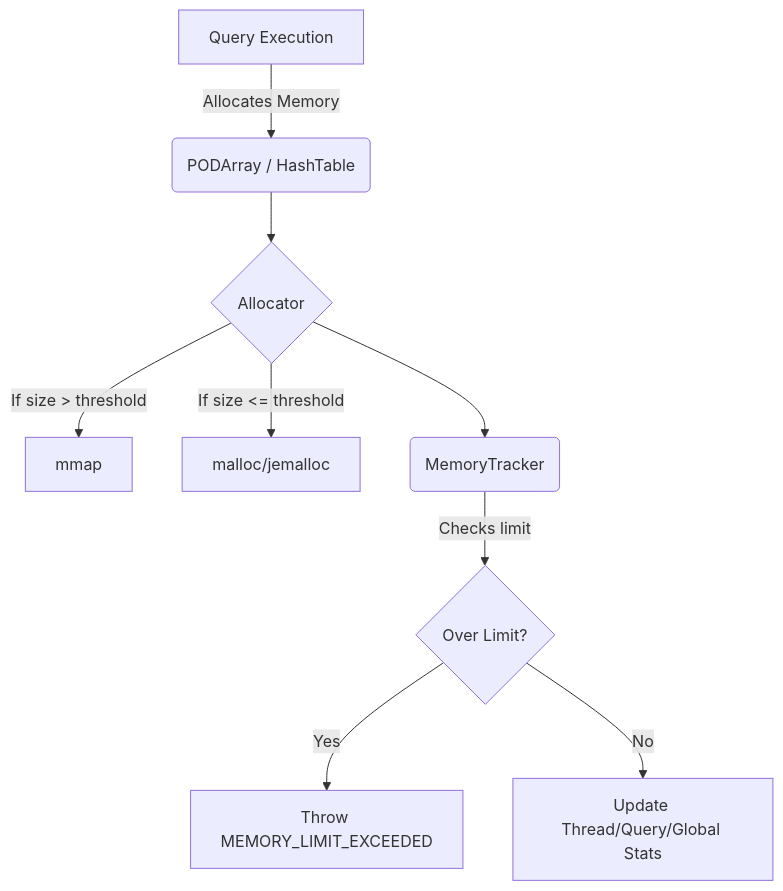
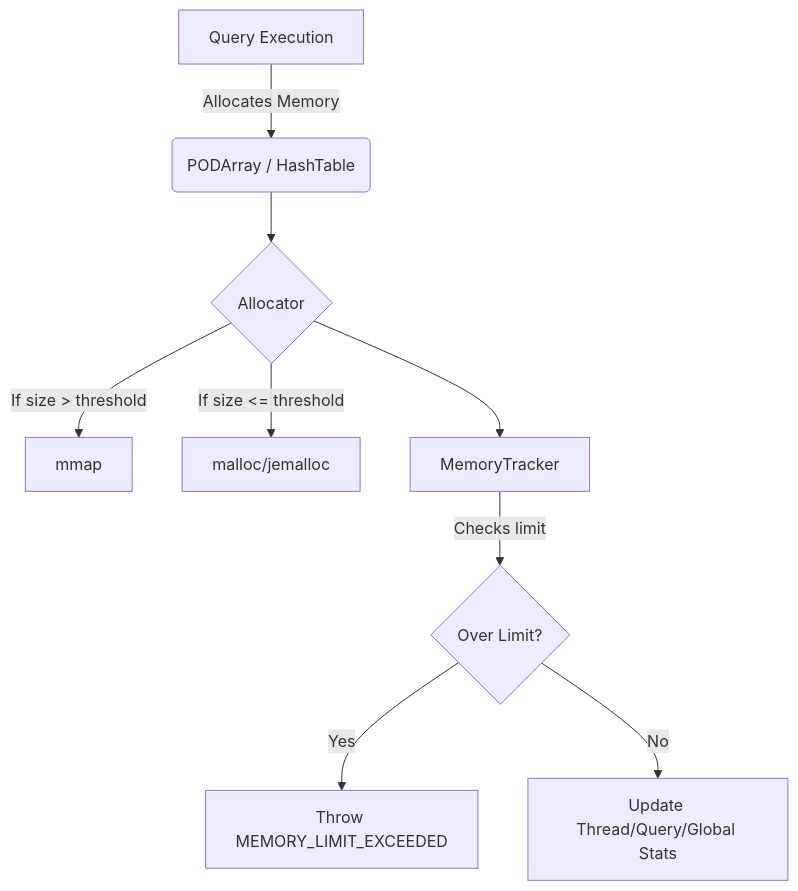
One commit to valerypetrov/clickhouse-dev-guide changed the diagram in Performance/simd_memory_layout.md. Above: the diagram before and after it, drawn with Mermaid. The commit also changed 4 other files, not shown here.

Commit message:
Quote node labels in Mermaid diagrams to fix GitHub rendering parse errors

````diff
--- a/Performance/simd_memory_layout.md
+++ b/Performance/simd_memory_layout.md
@@ -86,11 +86,11 @@
 ```mermaid
 graph TD
-    A[Query Execution] -->|Allocates Memory| B(PODArray / HashTable)
+    A["Query Execution"] -->|Allocates Memory| B("PODArray / HashTable")
     B --> C{Allocator}
     C -->|If size > threshold| D[mmap]
     C -->|If size <= threshold| E[malloc/jemalloc]
-    C --> F(MemoryTracker)
+    C --> F["MemoryTracker"]
     F -->|Checks limit| G{Over Limit?}
-    G -->|Yes| H[Throw MEMORY_LIMIT_EXCEEDED]
-    G -->|No| I[Update Thread/Query/Global Stats]
+    G -->|Yes| H["Throw MEMORY_LIMIT_EXCEEDED"]
+    G -->|No| I["Update Thread/Query/Global Stats"]
 ```
````
